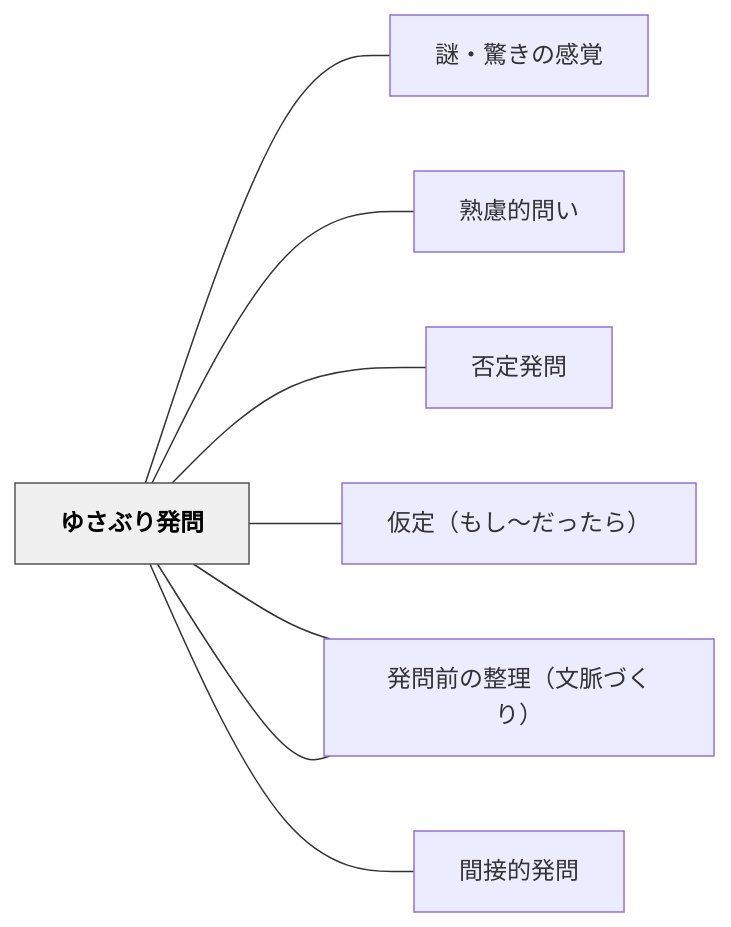
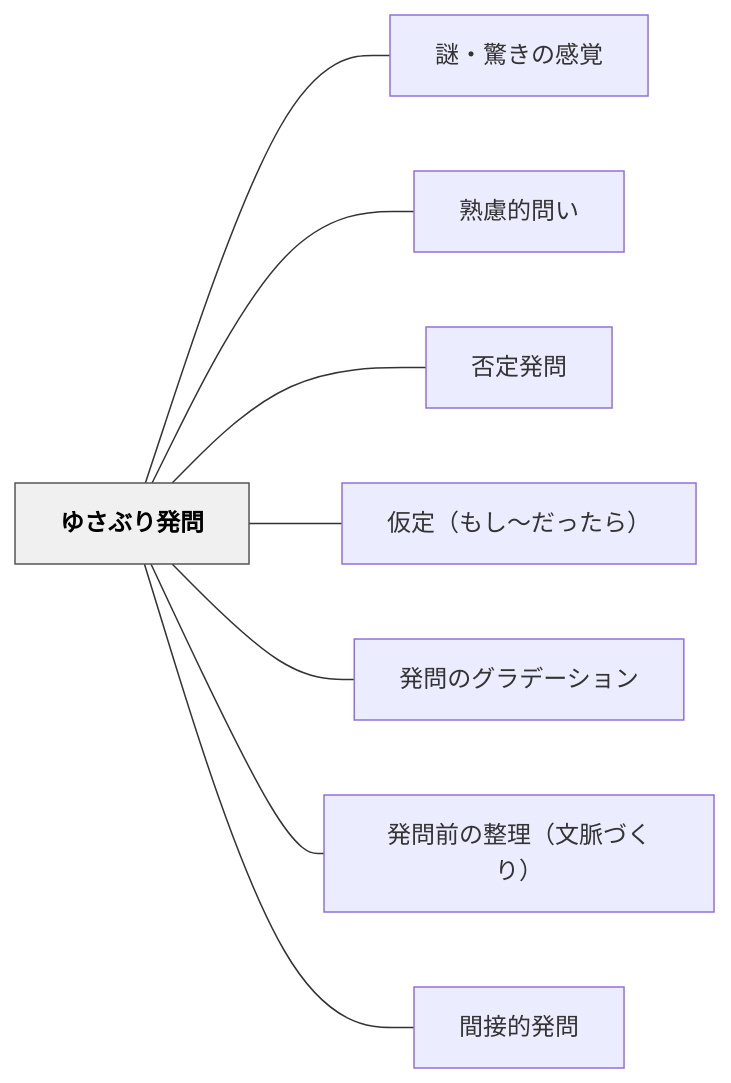
One commit to unknownthings-ed-patterns/unknownthings-ed-patterns changed the diagram in content/パタン/ゆさぶり発問.md. Above: the diagram before and after it, drawn with Mermaid. The commit also changed 527 other files, not shown here.

````diff
--- a/content/パタン/ゆさぶり発問.md
+++ b/content/パタン/ゆさぶり発問.md
@@ -57,22 +57,22 @@
 ```mermaid
 flowchart LR
-    ne38286e38195["ゆさぶり発問"]
-    ne8ac8ee383bb["謎・驚きの感覚"]
-    ne7869fe685ae["熟慮的問い"]
-    ne590a6e5ae9a["否定発問"]
-    ne4bbaee5ae9a["仮定（もし〜だったら）"]
-    ne799bae5958f["発問のグラデーション"]
-    ne799bae5958f["発問前の整理（文脈づくり）"]
-    ne99693e68ea5["間接的発問"]
+    ne38286e38195e381b6e3828ae799bae5958f["ゆさぶり発問"]
+    ne8ac8ee383bbe9a99ae3818de381aee6849fe8a69a["謎・驚きの感覚"]
+    ne7869fe685aee79a84e5958fe38184["熟慮的問い"]
+    ne590a6e5ae9ae799bae5958f["否定発問"]
+    ne4bbaee5ae9aefbc88e38282e38197e3809ce381a0e381a3e3819fe38289efbc89["仮定（もし〜だったら）"]
+    ne799bae5958fe381aee382b0e383a9e38387e383bce382b7e383a7e383b3["発問のグラデーション"]
+    ne799bae5958fe5898de381aee695b4e79086efbc88e69687e88488e381a5e3818fe3828aefbc89["発問前の整理（文脈づくり）"]
+    ne99693e68ea5e79a84e799bae5958f["間接的発問"]
 
-    ne38286e38195 --- ne8ac8ee383bb
-    ne38286e38195 --- ne7869fe685ae
-    ne38286e38195 --- ne590a6e5ae9a
-    ne38286e38195 --- ne4bbaee5ae9a
-    ne38286e38195 --- ne799bae5958f
-    ne38286e38195 --- ne799bae5958f
-    ne38286e38195 --- ne99693e68ea5
+    ne38286e38195e381b6e3828ae799bae5958f --- ne8ac8ee383bbe9a99ae3818de381aee6849fe8a69a
+    ne38286e38195e381b6e3828ae799bae5958f --- ne7869fe685aee79a84e5958fe38184
+    ne38286e38195e381b6e3828ae799bae5958f --- ne590a6e5ae9ae799bae5958f
+    ne38286e38195e381b6e3828ae799bae5958f --- ne4bbaee5ae9aefbc88e38282e38197e3809ce381a0e381a3e3819fe38289efbc89
+    ne38286e38195e381b6e3828ae799bae5958f --- ne799bae5958fe381aee382b0e383a9e38387e383bce382b7e383a7e383b3
+    ne38286e38195e381b6e3828ae799bae5958f --- ne799bae5958fe5898de381aee695b4e79086efbc88e69687e88488e381a5e3818fe3828aefbc89
+    ne38286e38195e381b6e3828ae799bae5958f --- ne99693e68ea5e79a84e799bae5958f
 
     classDef hub fill:#f0f0f0,stroke:#555,color:#000,font-weight:bold
-    class ne38286e38195 hub
+    class ne38286e38195e381b6e3828ae799bae5958f hub
 ```
````
